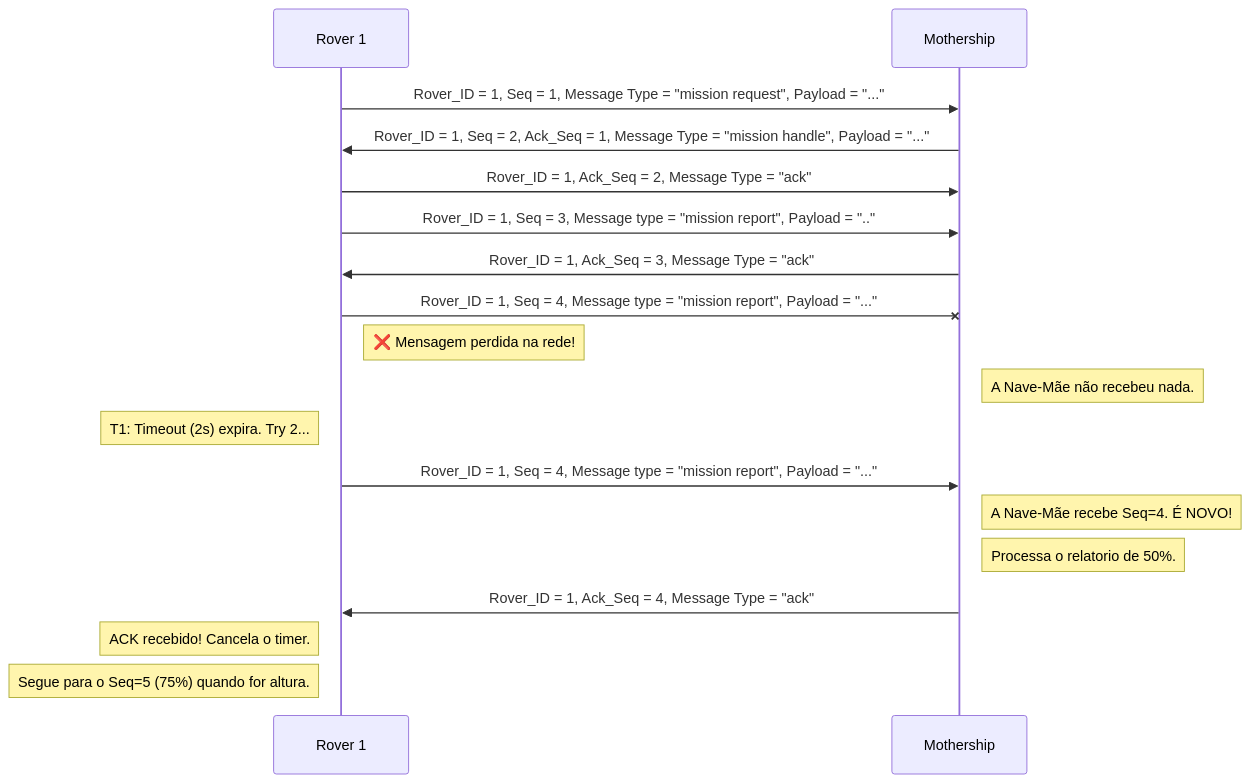
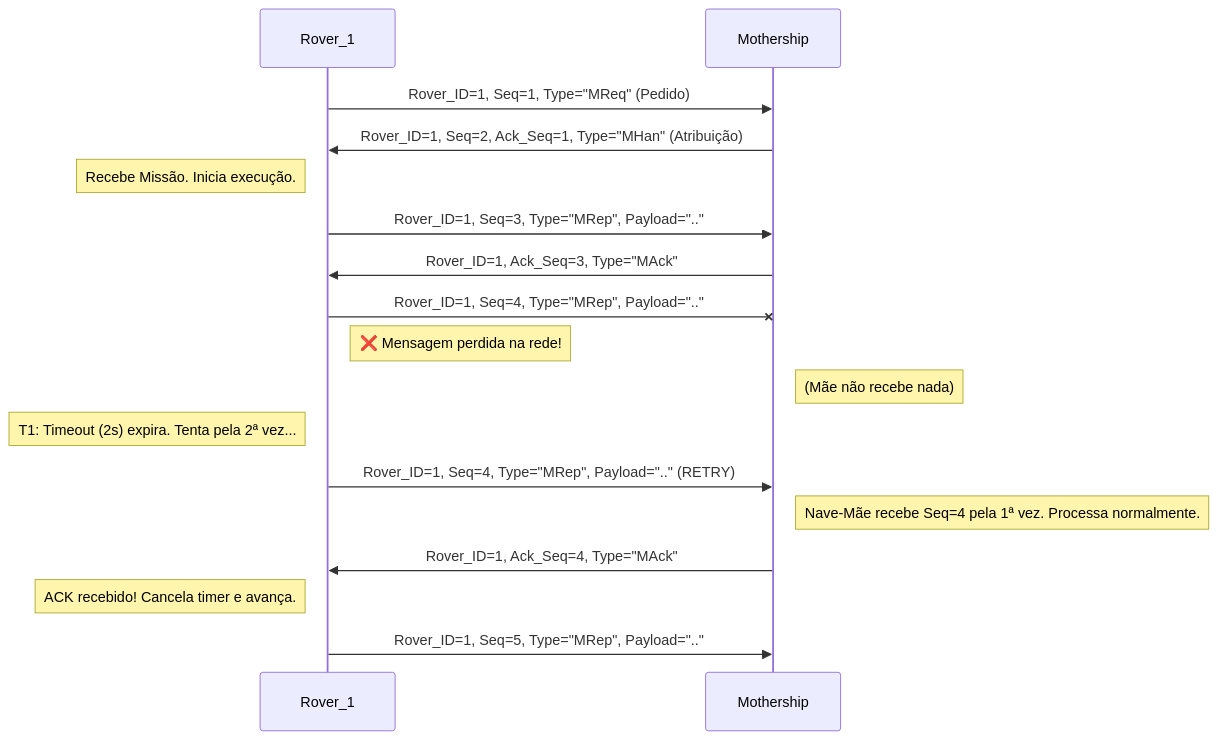
Before and after one commit to G-amaro/TP2-CC: the diagram in protocolos/Mission Link_ Unhappy Path_ Message Fail/Mission Link_ Unhappy Path_ Message Fail-2025-11-15-185649.mmd, drawn with Mermaid. The commit also changed 7 other files, not shown here.

Commit message:
atualização dos diagramas

```diff
--- a/protocolos/Mission Link_ Unhappy Path_ Message Fail/Mission Link_ Unhappy Path_ Message Fail-2025-11-15-185649.mmd
+++ b/protocolos/Mission Link_ Unhappy Path_ Message Fail/Mission Link_ Unhappy Path_ Message Fail-2025-11-15-185649.mmd
@@ -1,28 +1,29 @@
 sequenceDiagram
-    participant Rover 1
+    participant Rover_1
     participant Mothership
 
 
-    Rover 1->>Mothership: Rover_ID = 1, Seq = 1, Message Type = "mission request", Payload = "..."
+    Rover_1->>Mothership: Rover_ID=1, Seq=1, Type="MReq" (Pedido)
+    Mothership->>Rover_1: Rover_ID=1, Seq=2, Ack_Seq=1, Type="MHan" (Atribuição)
 
-    Mothership->>Rover 1: Rover_ID = 1, Seq = 2, Ack_Seq = 1, Message Type = "mission handle", Payload = "..."
+    Note left of Rover_1: Recebe Missão. Inicia execução.
 
-    Rover 1->>Mothership: Rover_ID = 1, Ack_Seq = 2, Message Type = "ack"
+    Rover_1->>Mothership: Rover_ID=1, Seq=3, Type="MRep", Payload=".."
+    Mothership->>Rover_1: Rover_ID=1, Ack_Seq=3, Type="MAck"
 
-    Rover 1->>Mothership: Rover_ID = 1, Seq = 3, Message type = "mission report", Payload = ".." #25%
 
-    Mothership->>Rover 1: Rover_ID = 1, Ack_Seq = 3, Message Type = "ack"
+    Rover_1-xMothership: Rover_ID=1, Seq=4, Type="MRep", Payload=".."
 
-    Rover 1-xMothership: Rover_ID = 1, Seq = 4, Message type = "mission report", Payload = "..." #50%
-    note right of Rover 1: ❌ Mensagem perdida na rede!
-    note right of Mothership: A Nave-Mãe não recebeu nada.
+    note right of Rover_1: ❌ Mensagem perdida na rede!
+    note right of Mothership: (Mãe não recebe nada)
 
-    note left of Rover 1: T1: Timeout (2s) expira. Try 2...
-    Rover 1->>Mothership: Rover_ID = 1, Seq = 4, Message type = "mission report", Payload = "..." #50% (RETRY)
+    note left of Rover_1: T1: Timeout (2s) expira. Tenta pela 2ª vez...
 
-    note right of Mothership: A Nave-Mãe recebe Seq=4. É NOVO!
-    note right of Mothership: Processa o relatorio de 50%.
-    Mothership->>Rover 1: Rover_ID = 1, Ack_Seq = 4, Message Type = "ack"
+    Rover_1->>Mothership: Rover_ID=1, Seq=4, Type="MRep", Payload=".." (RETRY)
 
-    note left of Rover 1: ACK recebido! Cancela o timer.
-    note left of Rover 1: Segue para o Seq=5 (75%) quando for altura.
+    note right of Mothership: Nave-Mãe recebe Seq=4 pela 1ª vez. Processa normalmente.
+    Mothership->>Rover_1: Rover_ID=1, Ack_Seq=4, Type="MAck"
+
+    note left of Rover_1: ACK recebido! Cancela timer e avança.
+
+    Rover_1->>Mothership: Rover_ID=1, Seq=5, Type="MRep", Payload=".."
```
